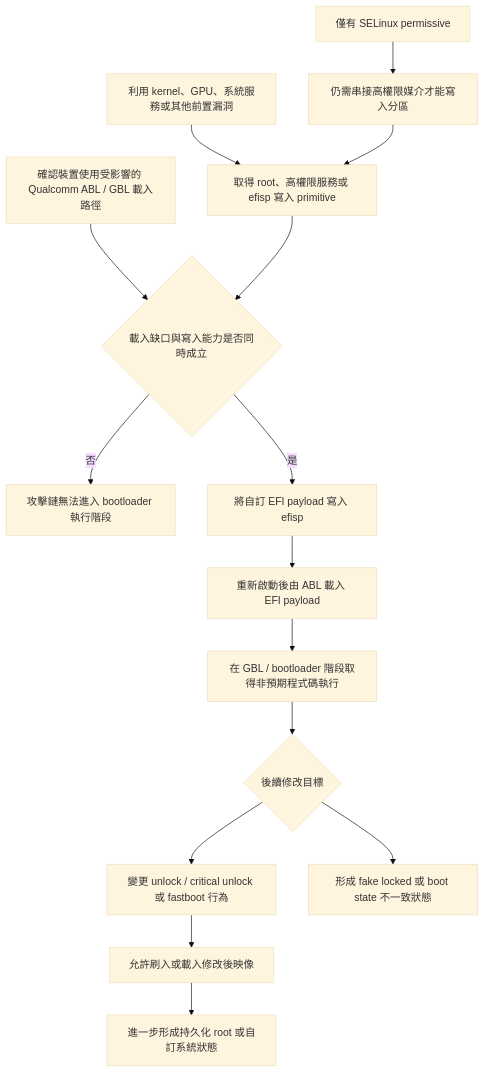
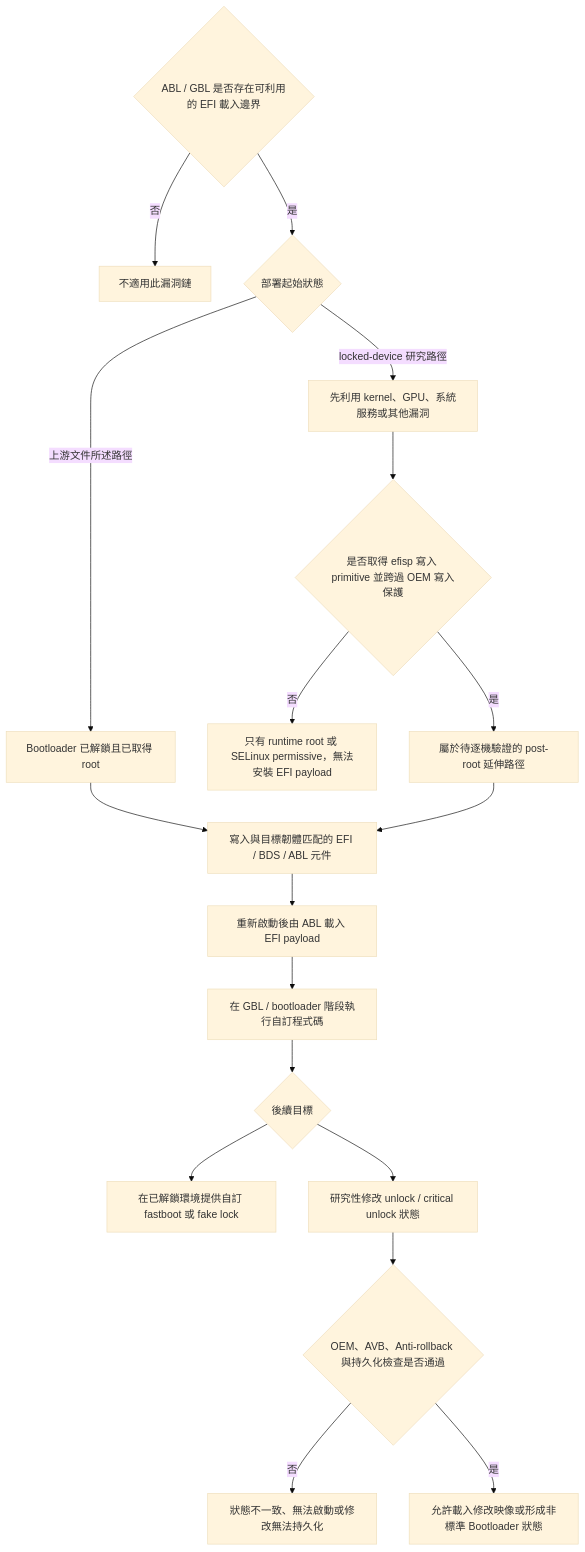
The fourth of 7 diagrams in README.md (lokey0905/rootWithoutUnlockBootloaderList), drawn with Mermaid (base theme) before and after one commit. The commit also changed other lines of this file and 1 other file, not shown here.

Commit message:
更新 README.md，修正 CVE-2025-21479 與 ABL Cmdline Injection 的描述，補充 MediaTek 啟動鏈控制與 Fake Lock 的相關資訊與支援設備

````diff
--- a/README.md
+++ b/README.md
@@ -466,17 +498,21 @@
 ```mermaid
 flowchart TD
-    A["確認裝置使用受影響的 Qualcomm ABL / GBL 載入路徑"] --> D{"載入缺口與寫入能力是否同時成立"}
-    B["利用 kernel、GPU、系統服務或其他前置漏洞"] --> C["取得 root、高權限服務或 efisp 寫入 primitive"]
-    P["僅有 SELinux permissive"] --> Q["仍需串接高權限媒介才能寫入分區"]
-    Q --> C
-    C --> D
-    D -->|"否"| E["攻擊鏈無法進入 bootloader 執行階段"]
-    D -->|"是"| F["將自訂 EFI payload 寫入 efisp"]
-    F --> G["重新啟動後由 ABL 載入 EFI payload"]
-    G --> H["在 GBL / bootloader 階段取得非預期程式碼執行"]
-    H --> I{"後續修改目標"}
-    I --> J["變更 unlock / critical unlock 或 fastboot 行為"]
-    I --> K["形成 fake locked 或 boot state 不一致狀態"]
-    J --> L["允許刷入或載入修改後映像"]
-    L --> M["進一步形成持久化 root 或自訂系統狀態"]
+    A{"ABL / GBL 是否存在可利用的 EFI 載入邊界"}
+    A -->|"否"| Z["不適用此漏洞鏈"]
+    A -->|"是"| B{"部署起始狀態"}
+    B -->|"上游文件所述路徑"| C["Bootloader 已解鎖且已取得 root"]
+    B -->|"locked-device 研究路徑"| D["先利用 kernel、GPU、系統服務或其他漏洞"]
+    D --> E{"是否取得 efisp 寫入 primitive 並跨過 OEM 寫入保護"}
+    E -->|"否"| F["只有 runtime root 或 SELinux permissive，無法安裝 EFI payload"]
+    E -->|"是"| G["屬於待逐機驗證的 post-root 延伸路徑"]
+    C --> H["寫入與目標韌體匹配的 EFI / BDS / ABL 元件"]
+    G --> H
+    H --> I["重新啟動後由 ABL 載入 EFI payload"]
+    I --> J["在 GBL / bootloader 階段執行自訂程式碼"]
+    J --> K{"後續目標"}
+    K --> L["在已解鎖環境提供自訂 fastboot 或 fake lock"]
+    K --> M["研究性修改 unlock / critical unlock 狀態"]
+    M --> N{"OEM、AVB、Anti-rollback 與持久化檢查是否通過"}
+    N -->|"否"| O["狀態不一致、無法啟動或修改無法持久化"]
+    N -->|"是"| P["允許載入修改映像或形成非標準 Bootloader 狀態"]
 ```
````
